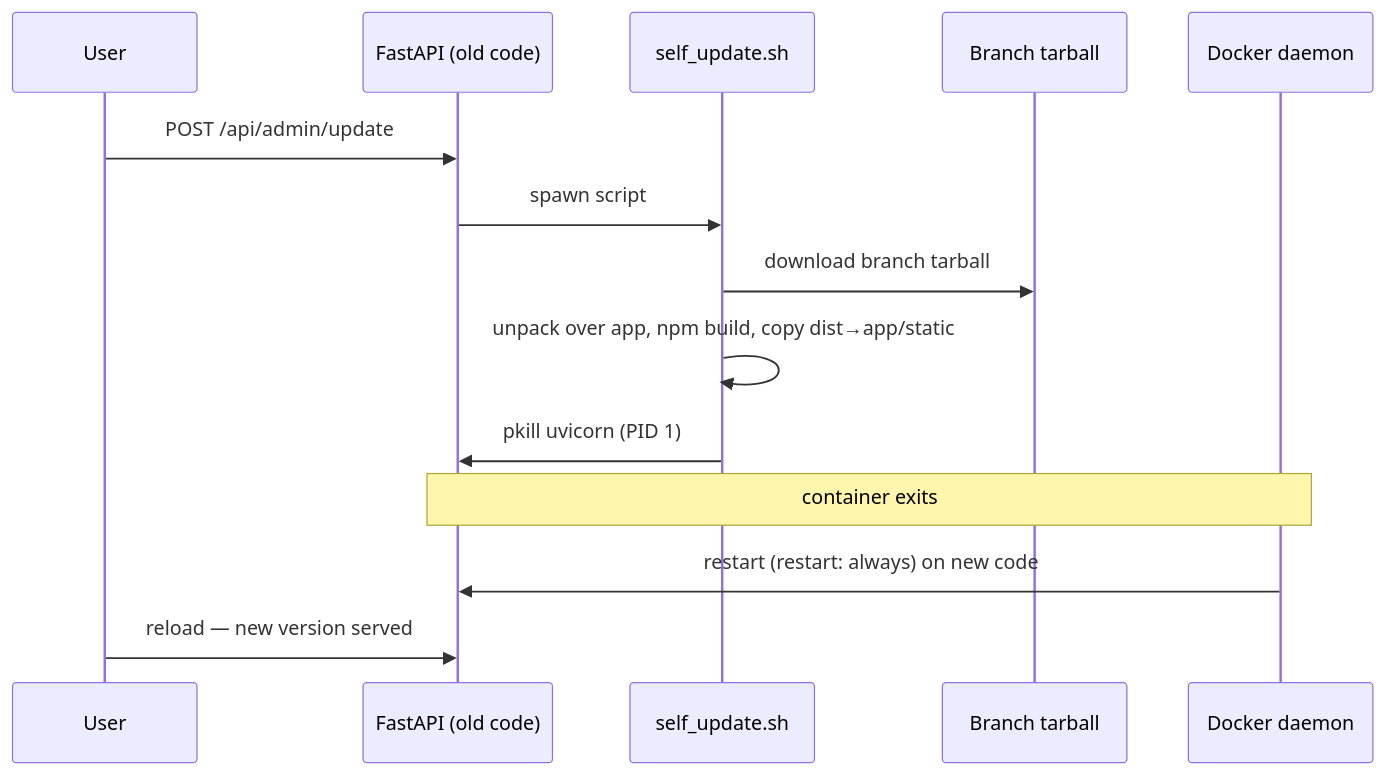
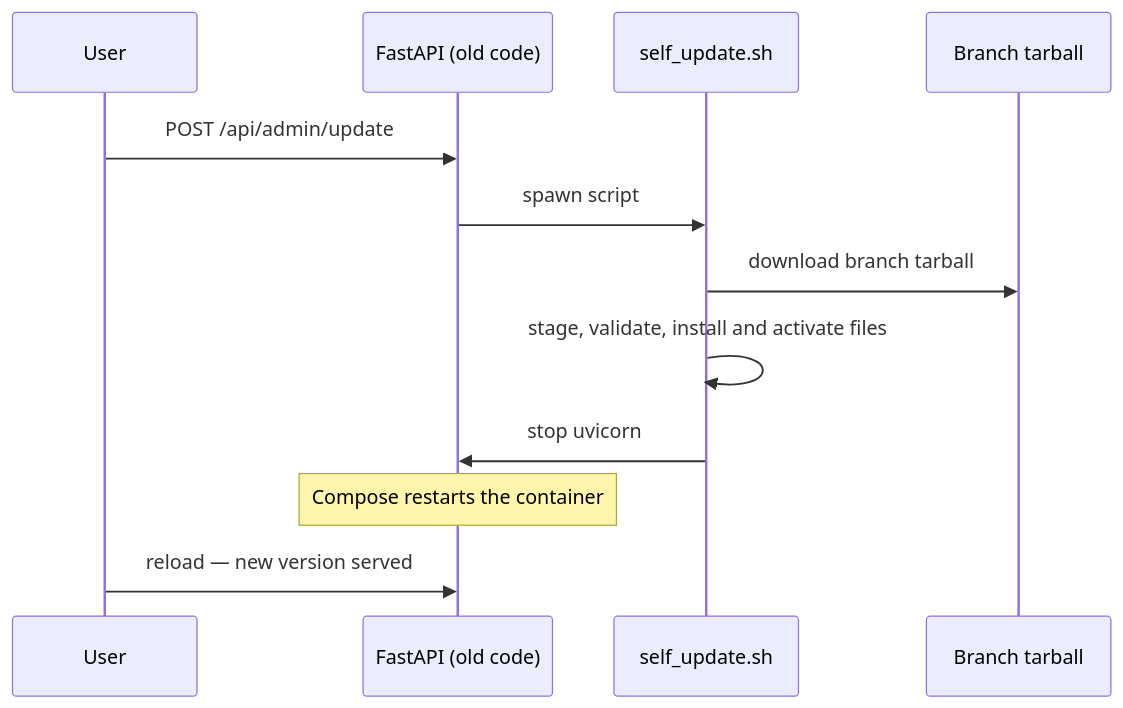
The second of 3 diagrams in src/cohort-studio/docs/architecture.md (verily-src/workbench-app-devcontainers), drawn with Mermaid before and after one commit. The commit also changed other lines of this file and 73 other files, not shown here.

Commit message:
Prefer outcome tests and maintain architecture decisions

````diff
--- a/src/cohort-studio/docs/architecture.md
+++ b/src/cohort-studio/docs/architecture.md
@@ -69,17 +79,15 @@
 ```mermaid
 sequenceDiagram
   participant U as User
   participant API as FastAPI (old code)
   participant SU as self_update.sh
   participant GH as Branch tarball
-  participant D as Docker daemon
 
   U->>API: POST /api/admin/update
   API->>SU: spawn script
   SU->>GH: download branch tarball
-  SU->>SU: unpack over app, npm build, copy dist→app/static
-  SU->>API: pkill uvicorn (PID 1)
-  Note over API,D: container exits
-  D->>API: restart (restart: always) on new code
+  SU->>SU: stage, validate, install and activate files
+  SU->>API: stop uvicorn
+  Note over API: Compose restarts the container
   U->>API: reload — new version served
 ```
````
